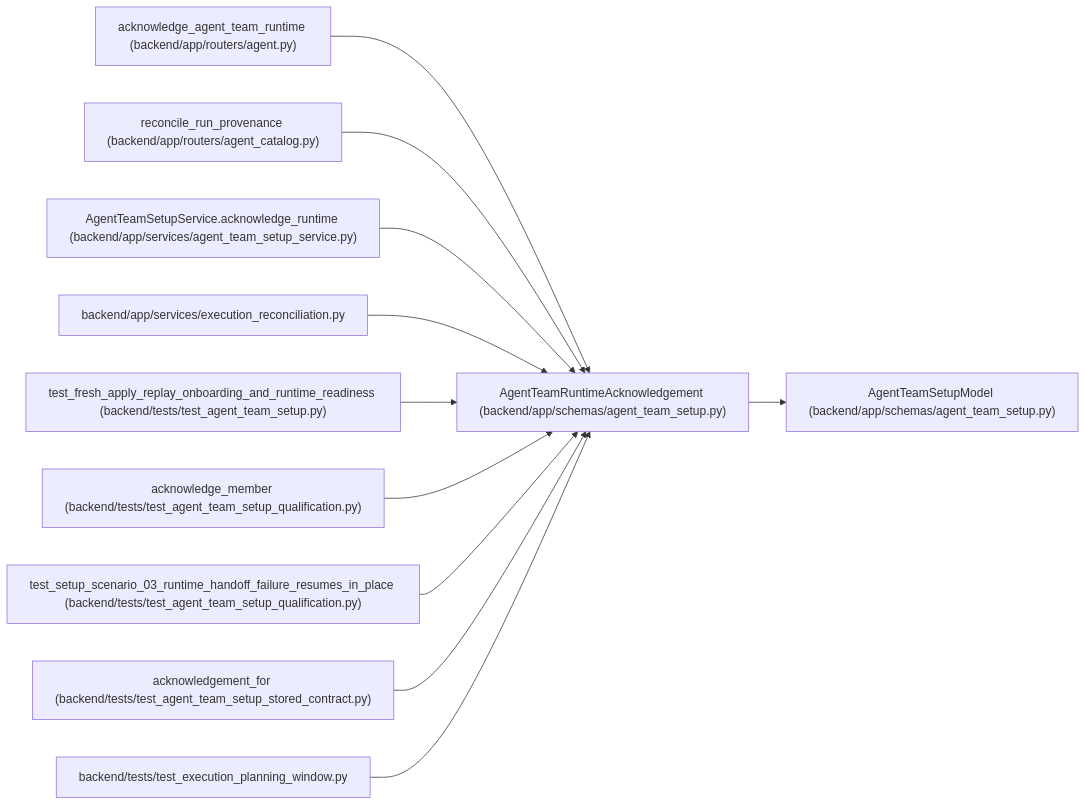
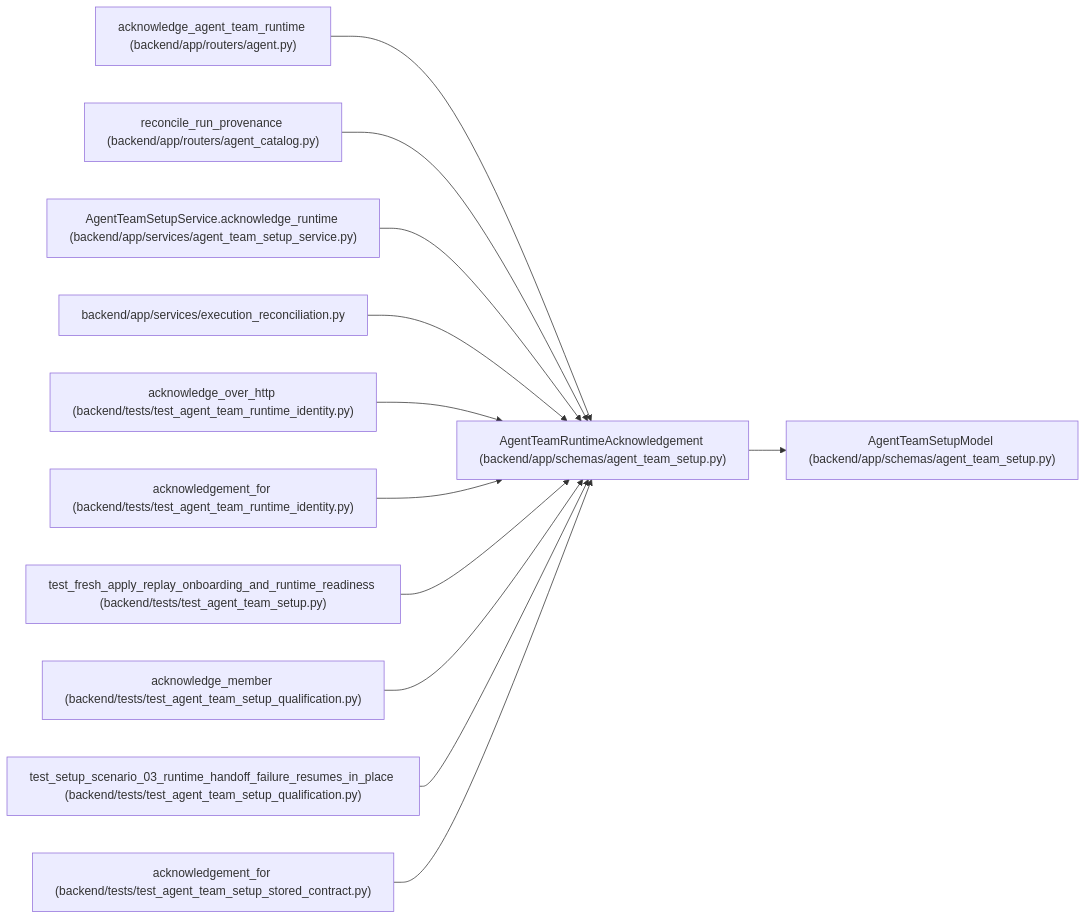
The diagram in docs/llm_wiki/entities/AgentTeamRuntimeAcknowledgement.md (Denissvgn/WorkChord), drawn with Mermaid before and after one commit. The commit also changed other lines of this file and 722 other files, not shown here.

Commit message:
Sync the architectural wiki for the onboarding runtime instance

````diff
--- a/docs/llm_wiki/entities/AgentTeamRuntimeAcknowledgement.md
+++ b/docs/llm_wiki/entities/AgentTeamRuntimeAcknowledgement.md
@@ -45,35 +47,38 @@
 ```mermaid
 flowchart LR
     n0["AgentTeamRuntimeAcknowledgement (backend/app/schemas/agent_team_setup.py)"]
     n1["AgentTeamSetupModel (backend/app/schemas/agent_team_setup.py)"]
     n2["acknowledge_agent_team_runtime (backend/app/routers/agent.py)"]
     n3["reconcile_run_provenance (backend/app/routers/agent_catalog.py)"]
     n4["AgentTeamSetupService.acknowledge_runtime (backend/app/services/agent_team_setup_service.py)"]
     n5["backend/app/services/execution_reconciliation.py"]
-    n6["test_fresh_apply_replay_onboarding_and_runtime_readiness (backend/tests/test_agent_team_setup.py)"]
-    n7["acknowledge_member (backend/tests/test_agent_team_setup_qualification.py)"]
-    n8["test_setup_scenario_03_runtime_handoff_failure_resumes_in_place (backend/tests/test_agent_team_setup_qualification.py)"]
-    n9["acknowledgement_for (backend/tests/test_agent_team_setup_stored_contract.py)"]
-    n10["backend/tests/test_execution_planning_window.py"]
+    n6["acknowledge_over_http (backend/tests/test_agent_team_runtime_identity.py)"]
+    n7["acknowledgement_for (backend/tests/test_agent_team_runtime_identity.py)"]
+    n8["test_fresh_apply_replay_onboarding_and_runtime_readiness (backend/tests/test_agent_team_setup.py)"]
+    n9["acknowledge_member (backend/tests/test_agent_team_setup_qualification.py)"]
+    n10["test_setup_scenario_03_runtime_handoff_failure_resumes_in_place (backend/tests/test_agent_team_setup_qualification.py)"]
+    n11["acknowledgement_for (backend/tests/test_agent_team_setup_stored_contract.py)"]
     n0 --> n1
     n2 --> n0
     n3 --> n0
     n4 --> n0
     n5 --> n0
     n6 --> n0
     n7 --> n0
     n8 --> n0
     n9 --> n0
     n10 --> n0
+    n11 --> n0
     click n0 "../modules/agent_team_setup.md"
     click n1 "../modules/agent_team_setup.md"
     click n2 "../modules/routers_agent.md"
     click n3 "../modules/agent_catalog.md"
     click n4 "../modules/agent_team_setup_service.md"
     click n5 "../modules/execution_reconciliation.md"
-    click n6 "../modules/test_agent_team_setup.md"
-    click n7 "../modules/test_agent_team_setup_qualification.md"
-    click n8 "../modules/test_agent_team_setup_qualification.md"
-    click n9 "../modules/test_agent_team_setup_stored_contract.md"
-    click n10 "../modules/test_execution_planning_window.md"
+    click n6 "../modules/test_agent_team_runtime_identity.md"
+    click n7 "../modules/test_agent_team_runtime_identity.md"
+    click n8 "../modules/test_agent_team_setup.md"
+    click n9 "../modules/test_agent_team_setup_qualification.md"
+    click n10 "../modules/test_agent_team_setup_qualification.md"
+    click n11 "../modules/test_agent_team_setup_stored_contract.md"
 ```
````
